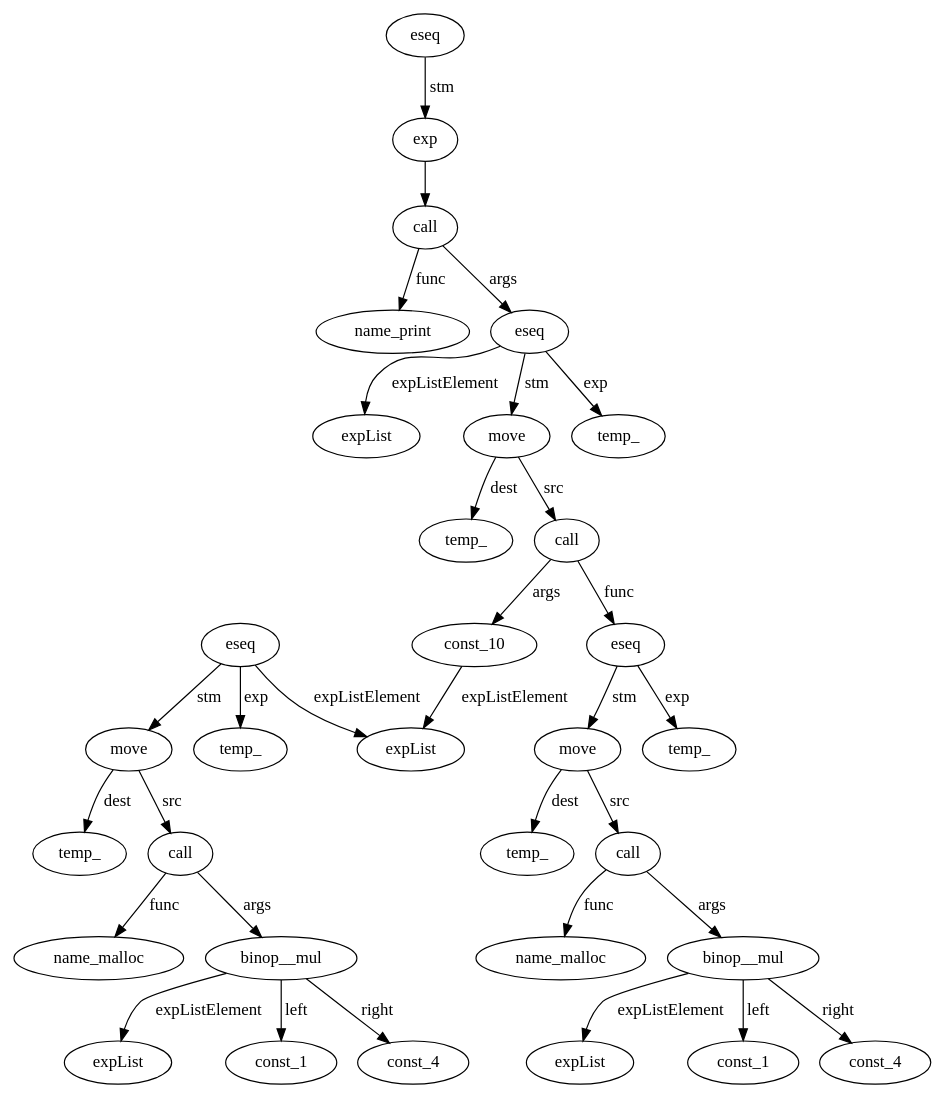
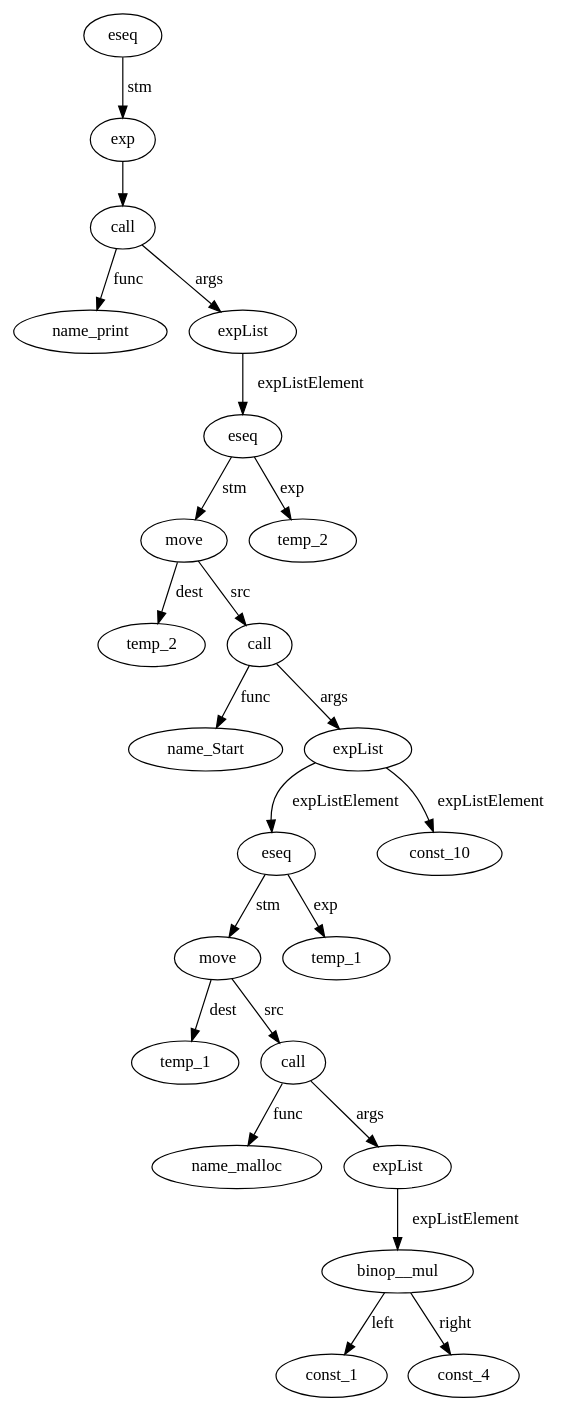
The diagram in IRTree_main.dot (Dimassio/rocket3-compiler), drawn with Graphviz before and after one commit. The commit also changed 11 other files, not shown here.

```diff
--- a/IRTree_main.dot
+++ b/IRTree_main.dot
@@ -1,66 +1,48 @@
 digraph {
 name_print__id_0 [ label="name_print" ]; 
-expList__id_1 [ label="expList" ]; 
-temp___id_2 [ label="temp_" ]; 
-temp___id_3 [ label="temp_" ]; 
+temp_2__id_1 [ label="temp_2" ]; 
+name_Start__id_2 [ label="name_Start" ]; 
+temp_1__id_3 [ label="temp_1" ]; 
 name_malloc__id_4 [ label="name_malloc" ]; 
-expList__id_5 [ label="expList" ]; 
-const_1__id_6 [ label="const_1" ]; 
-const_4__id_7 [ label="const_4" ]; 
-binop__mul__id_8 [ label="binop__mul" ]; 
-binop__mul__id_8 -> const_4__id_7 [ label="right"] ; 
-binop__mul__id_8 -> const_1__id_6 [ label="left"] ; 
-binop__mul__id_8 -> expList__id_5 [ label="expListElement"] ; 
+const_1__id_5 [ label="const_1" ]; 
+const_4__id_6 [ label="const_4" ]; 
+binop__mul__id_7 [ label="binop__mul" ]; 
+binop__mul__id_7 -> const_4__id_6 [ label="right"] ; 
+binop__mul__id_7 -> const_1__id_5 [ label="left"] ; 
+expList__id_8 [ label="expList" ]; 
+expList__id_8 -> binop__mul__id_7 [ label="expListElement"] ; 
 call__id_9 [ label="call" ]; 
 call__id_9 -> name_malloc__id_4 [ label="func"] ; 
-call__id_9 -> binop__mul__id_8 [ label="args"] ; 
+call__id_9 -> expList__id_8 [ label="args"] ; 
 move__id_10 [ label="move" ]; 
-move__id_10 -> temp___id_3 [ label="dest"] ; 
+move__id_10 -> temp_1__id_3 [ label="dest"] ; 
 move__id_10 -> call__id_9 [ label="src"] ; 
-temp___id_11 [ label="temp_" ]; 
+temp_1__id_11 [ label="temp_1" ]; 
 eseq__id_12 [ label="eseq" ]; 
-eseq__id_12 -> temp___id_11 [ label="exp"] ; 
+eseq__id_12 -> temp_1__id_11 [ label="exp"] ; 
 eseq__id_12 -> move__id_10 [ label="stm"] ; 
-expList__id_13 [ label="expList" ]; 
-temp___id_14 [ label="temp_" ]; 
-name_malloc__id_15 [ label="name_malloc" ]; 
-expList__id_16 [ label="expList" ]; 
-const_1__id_17 [ label="const_1" ]; 
-const_4__id_18 [ label="const_4" ]; 
-binop__mul__id_19 [ label="binop__mul" ]; 
-binop__mul__id_19 -> const_4__id_18 [ label="right"] ; 
-binop__mul__id_19 -> const_1__id_17 [ label="left"] ; 
-binop__mul__id_19 -> expList__id_16 [ label="expListElement"] ; 
+const_10__id_13 [ label="const_10" ]; 
+expList__id_14 [ label="expList" ]; 
+expList__id_14 -> eseq__id_12 [ label="expListElement"] ; 
+expList__id_14 -> const_10__id_13 [ label="expListElement"] ; 
+call__id_15 [ label="call" ]; 
+call__id_15 -> name_Start__id_2 [ label="func"] ; 
+call__id_15 -> expList__id_14 [ label="args"] ; 
+move__id_16 [ label="move" ]; 
+move__id_16 -> temp_2__id_1 [ label="dest"] ; 
+move__id_16 -> call__id_15 [ label="src"] ; 
+temp_2__id_17 [ label="temp_2" ]; 
+eseq__id_18 [ label="eseq" ]; 
+eseq__id_18 -> temp_2__id_17 [ label="exp"] ; 
+eseq__id_18 -> move__id_16 [ label="stm"] ; 
+expList__id_19 [ label="expList" ]; 
+expList__id_19 -> eseq__id_18 [ label="expListElement"] ; 
 call__id_20 [ label="call" ]; 
-call__id_20 -> name_malloc__id_15 [ label="func"] ; 
-call__id_20 -> binop__mul__id_19 [ label="args"] ; 
-move__id_21 [ label="move" ]; 
-move__id_21 -> temp___id_14 [ label="dest"] ; 
-move__id_21 -> call__id_20 [ label="src"] ; 
-temp___id_22 [ label="temp_" ]; 
-eseq__id_23 [ label="eseq" ]; 
-eseq__id_23 -> temp___id_22 [ label="exp"] ; 
-eseq__id_23 -> move__id_21 [ label="stm"] ; 
-eseq__id_23 -> expList__id_13 [ label="expListElement"] ; 
-const_10__id_24 [ label="const_10" ]; 
-const_10__id_24 -> expList__id_13 [ label="expListElement"] ; 
-call__id_25 [ label="call" ]; 
-call__id_25 -> eseq__id_12 [ label="func"] ; 
-call__id_25 -> const_10__id_24 [ label="args"] ; 
-move__id_26 [ label="move" ]; 
-move__id_26 -> temp___id_2 [ label="dest"] ; 
-move__id_26 -> call__id_25 [ label="src"] ; 
-temp___id_27 [ label="temp_" ]; 
-eseq__id_28 [ label="eseq" ]; 
-eseq__id_28 -> temp___id_27 [ label="exp"] ; 
-eseq__id_28 -> move__id_26 [ label="stm"] ; 
-eseq__id_28 -> expList__id_1 [ label="expListElement"] ; 
-call__id_29 [ label="call" ]; 
-call__id_29 -> name_print__id_0 [ label="func"] ; 
-call__id_29 -> eseq__id_28 [ label="args"] ; 
-exp__id_30 [ label="exp" ]; 
-exp__id_30 -> call__id_29 ; 
-eseq__id_31 [ label="eseq" ]; 
-eseq__id_31 -> exp__id_30 [ label="stm"] ; 
+call__id_20 -> name_print__id_0 [ label="func"] ; 
+call__id_20 -> expList__id_19 [ label="args"] ; 
+exp__id_21 [ label="exp" ]; 
+exp__id_21 -> call__id_20 ; 
+eseq__id_22 [ label="eseq" ]; 
+eseq__id_22 -> exp__id_21 [ label="stm"] ; 
 
 }
```
